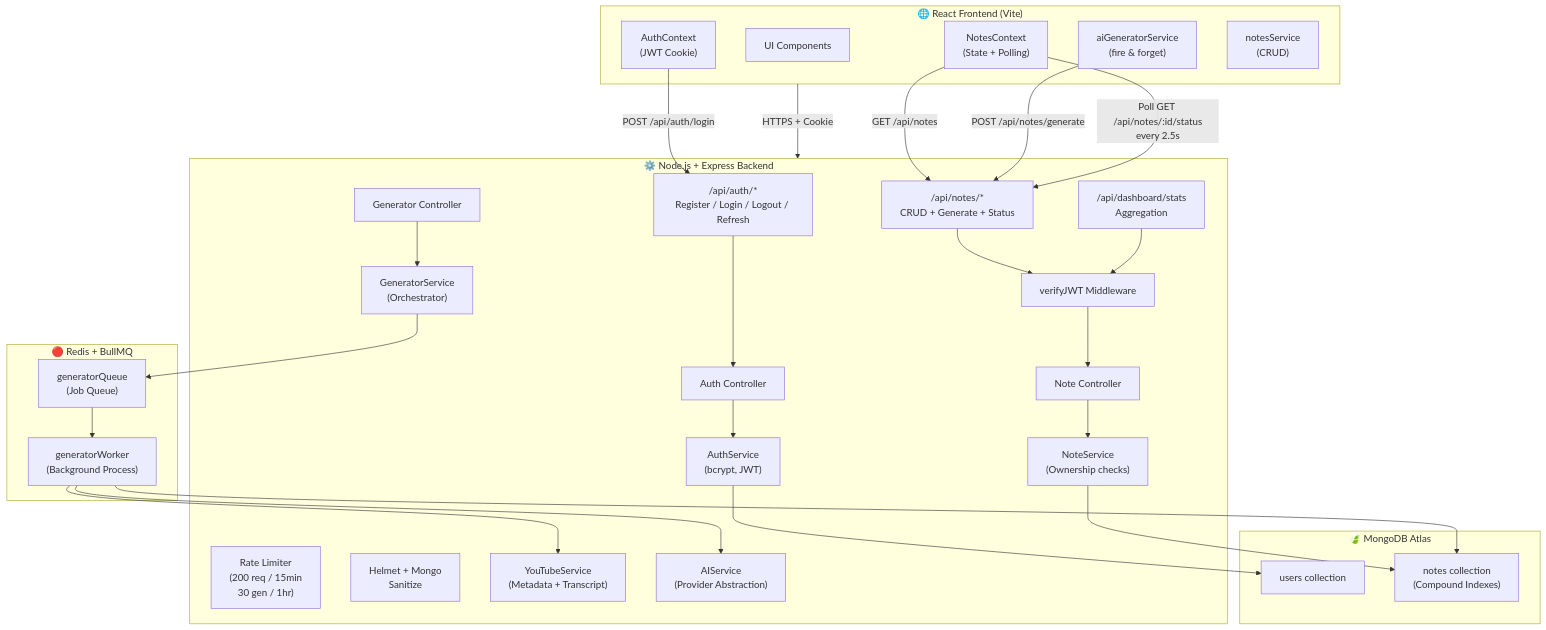
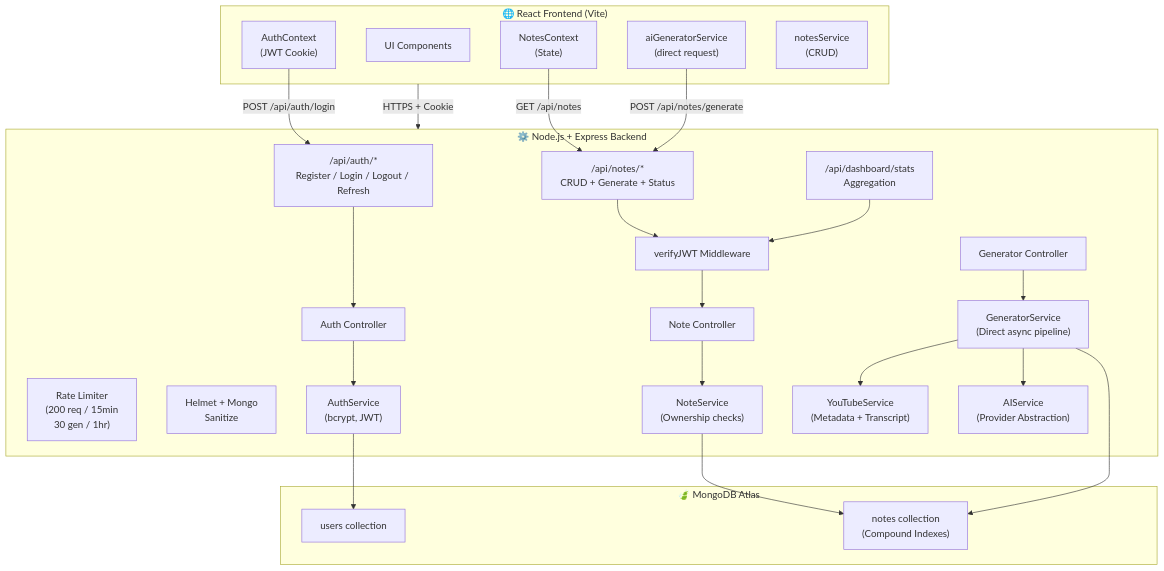
Before and after one commit to Anshumann93/NOTES-WEB: the diagram in README.md, drawn with Mermaid. The commit also changed other lines of this file and 36 other files, not shown here.

````diff
--- a/README.md
+++ b/README.md
@@ -39,60 +39,51 @@
 ```mermaid
 graph TD
     subgraph Browser ["🌐 React Frontend (Vite)"]
         UI["UI Components"]
         AuthCtx["AuthContext\n(JWT Cookie)"]
-        NotesCtx["NotesContext\n(State + Polling)"]
-        AISvc["aiGeneratorService\n(fire & forget)"]
+        NotesCtx["NotesContext\n(State)"]
+        AISvc["aiGeneratorService\n(direct request)"]
         NotesSvc["notesService\n(CRUD)"]
     end
 
     subgraph Backend ["⚙️ Node.js + Express Backend"]
         AuthRoutes["/api/auth/*\nRegister / Login / Logout / Refresh"]
         NoteRoutes["/api/notes/*\nCRUD + Generate + Status"]
         DashRoutes["/api/dashboard/stats\nAggregation"]
 
         AuthMW["verifyJWT Middleware"]
         RateLimit["Rate Limiter\n(200 req / 15min\n30 gen / 1hr)"]
         Helmet["Helmet + Mongo\nSanitize"]
 
         AuthCtrl["Auth Controller"]
         NoteCtrl["Note Controller"]
         GenCtrl["Generator Controller"]
 
         AuthSvc["AuthService\n(bcrypt, JWT)"]
         NoteSvc["NoteService\n(Ownership checks)"]
-        GenSvc["GeneratorService\n(Orchestrator)"]
+        GenSvc["GeneratorService\n(Direct async pipeline)"]
         YTSvc["YouTubeService\n(Metadata + Transcript)"]
         AISvcB["AIService\n(Provider Abstraction)"]
-    end
-
-    subgraph Queue ["🔴 Redis + BullMQ"]
-        BullQueue["generatorQueue\n(Job Queue)"]
-        BullWorker["generatorWorker\n(Background Process)"]
     end
 
     subgraph DB ["🍃 MongoDB Atlas"]
         UserCollection["users collection"]
         NoteCollection["notes collection\n(Compound Indexes)"]
     end
 
     Browser -->|"HTTPS + Cookie"| Backend
     AuthCtx -->|"POST /api/auth/login"| AuthRoutes
     NotesCtx -->|"GET /api/notes"| NoteRoutes
     AISvc -->|"POST /api/notes/generate"| NoteRoutes
 
     NoteRoutes --> AuthMW --> NoteCtrl
     AuthRoutes --> AuthCtrl
     DashRoutes --> AuthMW
 
     AuthCtrl --> AuthSvc --> UserCollection
     NoteCtrl --> NoteSvc --> NoteCollection
-    GenCtrl --> GenSvc --> BullQueue
-
-    BullQueue --> BullWorker
-    BullWorker --> YTSvc
-    BullWorker --> AISvcB
-    BullWorker --> NoteCollection
-
-    NotesCtx -->|"Poll GET /api/notes/:id/status\nevery 2.5s"| NoteRoutes
+    GenCtrl --> GenSvc
+    GenSvc --> YTSvc
+    GenSvc --> AISvcB
+    GenSvc --> NoteCollection
 ```
````
